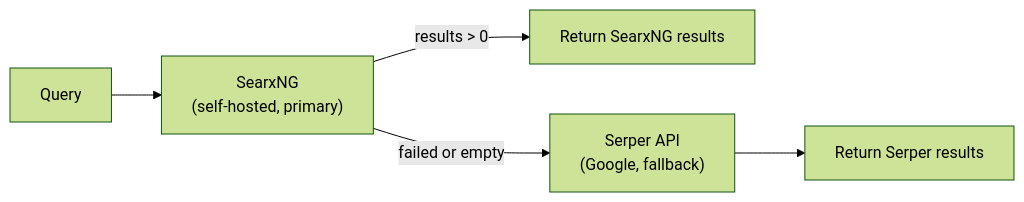
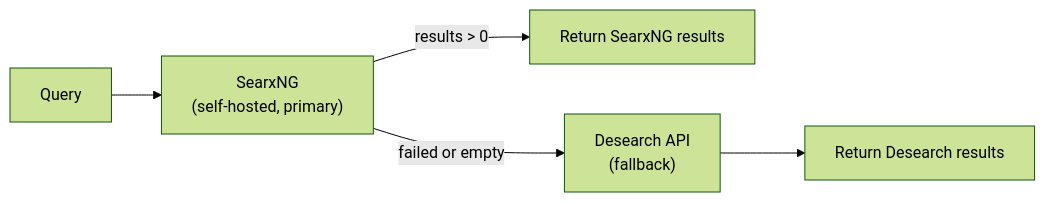
Before and after one commit to chutesai/chutes-search: the third of 4 diagrams in docs2/01-architecture-overview.md, drawn with Mermaid (forest theme). The commit also changed other lines of this file and 17 other files, not shown here.

Commit message:
Switch web search fallback to Desearch

````diff
--- a/docs2/01-architecture-overview.md
+++ b/docs2/01-architecture-overview.md
@@ -218,7 +218,7 @@
 ```mermaid
 flowchart LR
     Q["Query"] --> SEARXNG["SearxNG<br/>(self-hosted, primary)"]
     SEARXNG -->|results > 0| OK["Return SearxNG results"]
-    SEARXNG -->|failed or empty| SERPER["Serper API<br/>(Google, fallback)"]
-    SERPER --> OK2["Return Serper results"]
+    SEARXNG -->|failed or empty| DESEARCH["Desearch API<br/>(fallback)"]
+    DESEARCH --> OK2["Return Desearch results"]
 ```
````
